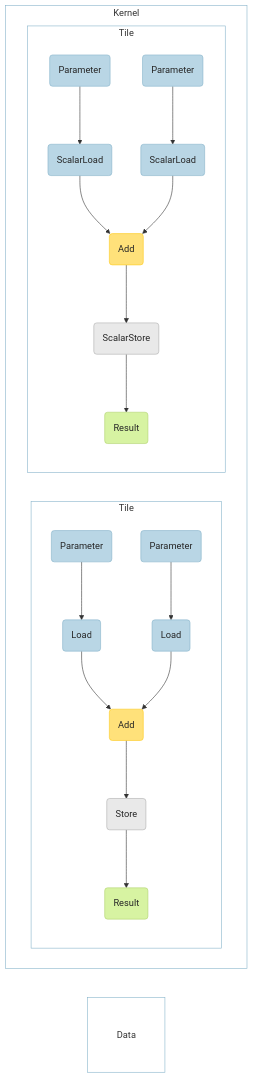
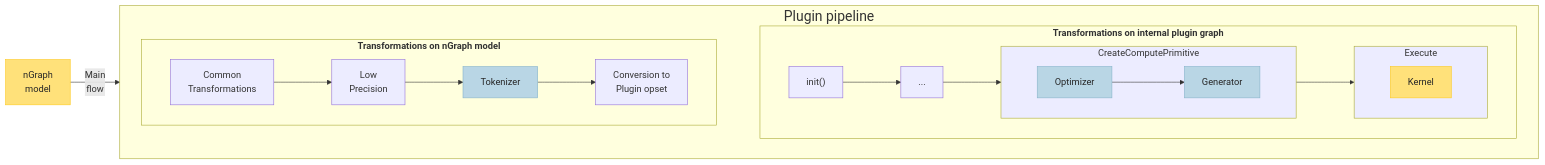
One commit to openvinotoolkit/openvino changed the eighth of 12 diagrams in src/common/snippets/docs/snippets_design_guide.md. Above: the diagram before and after it, drawn with Mermaid. The commit also changed other lines of this file and 1 other file, not shown here.

````diff
--- a/src/common/snippets/docs/snippets_design_guide.md
+++ b/src/common/snippets/docs/snippets_design_guide.md
@@ -208,37 +279,39 @@
 ```mermaid
-graph LR
-subgraph subgraphD1[ ]
-nodeD1(Data)
-end
-subgraph subgraphC1[Kernel]
-direction LR
-subgraph subgraphA1[Tile]
-nodeA1(Parameter) --> nodeA6(Load)
-nodeA6(Load) --> nodeA2(Add)
-nodeA3(Parameter) --> nodeA7(Load)
-nodeA7(Load) --> nodeA2(Add)
-nodeA2(Add) --> nodeA8(Store)
-nodeA8(Store) --> nodeA5(Result)
-end
-subgraph subgraphB1[Tile]
-nodeB1(Parameter) --> nodeB6(ScalarLoad)
-nodeB6(ScalarLoad) --> nodeB2(Add)
-nodeB3(Parameter) --> nodeB7(ScalarLoad)
-nodeB7(ScalarLoad) --> nodeB2(Add)
-nodeB2(Add) --> nodeB8(ScalarStore)
-nodeB8(ScalarStore) --> nodeB5(Result)
-end
-end
-classDef no-stroke fill:none,stroke-width:0px
-classDef no-bg-color fill:none,stroke-width:1px,stroke:#86B3CA
-classDef carbon1 fill:#E9E9E9, stroke: #AEAEAE, color: #262626
-classDef moss1 fill:#D7F3A2, stroke: #B1D272, color: #262626
+ graph LR
+   subgraph Plugin[<font size=+2> Plugin pipeline </font>]
+    direction LR
+    subgraph ngraph[<b> Transformations on nGraph model </b>]
+        direction LR
+        common[Common \n Transformations]
+        lpt[Low \n Precision]
+        tokenize[Tokenizer]
+        convert[Conversion to \n Plugin opset]
+        common-->lpt-->tokenize-->convert
+    end
+    subgraph internal[<b> Transformations on internal plugin graph </b>]
+         direction LR
+         init["init()"]
+         subgraph create["CreateComputePrimitive"]
+            direction LR
+            optimize[Optimizer]
+            generate[Generator]
+            optimize-->generate
+         end
+         subgraph execute["Execute"]
+            direction LR
+            Executable[Kernel]
+         end
+         init-->etc[...]-->create
+         create-->execute
+    end
+   end
+   Source[nGraph \n model]-->|Main \n flow|common
+   convert~~~internal
+classDef no-bg-color fill:none,stroke-width:0px
 classDef steel1 fill:#B9D6E5, stroke: #86B3CA, color: #262626
 classDef daisy1 fill:#FFE17A, stroke: #FEC91B, color: #262626
-class subgraphC1,subgraphA1,subgraphB1,subgraphD1 no-bg-color
-class nodeA2,nodeB2 daisy1
-class nodeA5,nodeB5 moss1
-class nodeA8,nodeB8 carbon1
-class nodeA1,nodeA3,nodeA6,nodeA7,nodeB1,nodeB3,nodeB6,nodeB7 steel1
-class nodeD1 no-stroke
+classDef dafault_node1 fill:#ECECFF
+class tokenize,optimize,generate steel1
+class Source,Executable daisy1
+class create,execute dafault_node1
 ```
````
